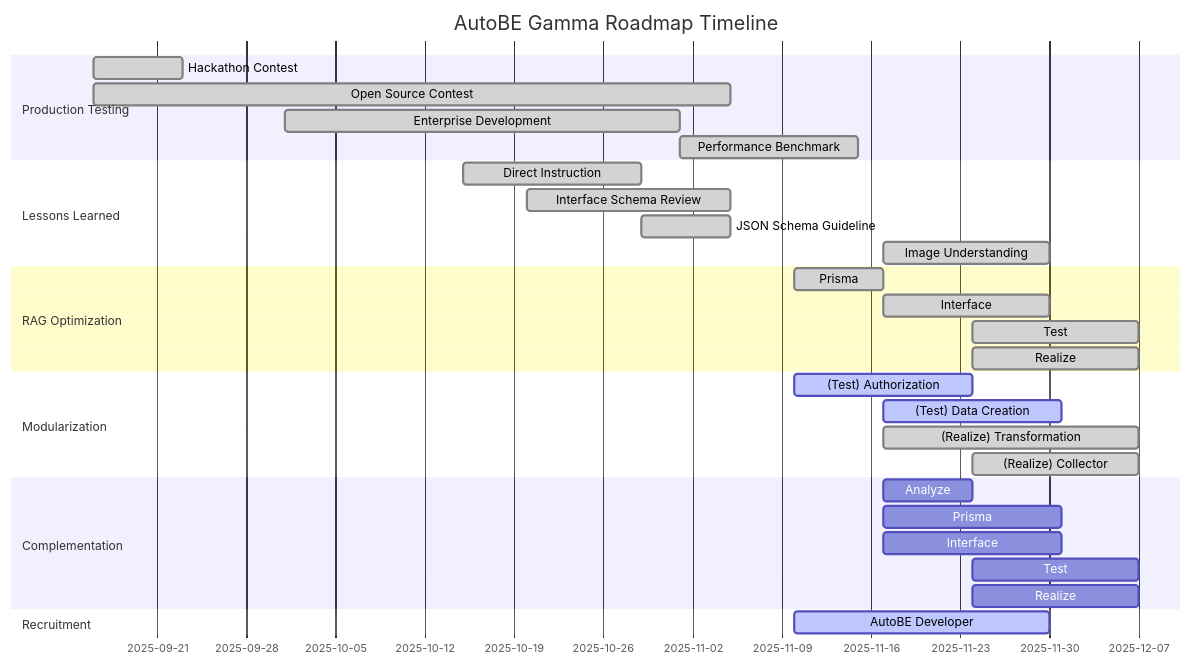
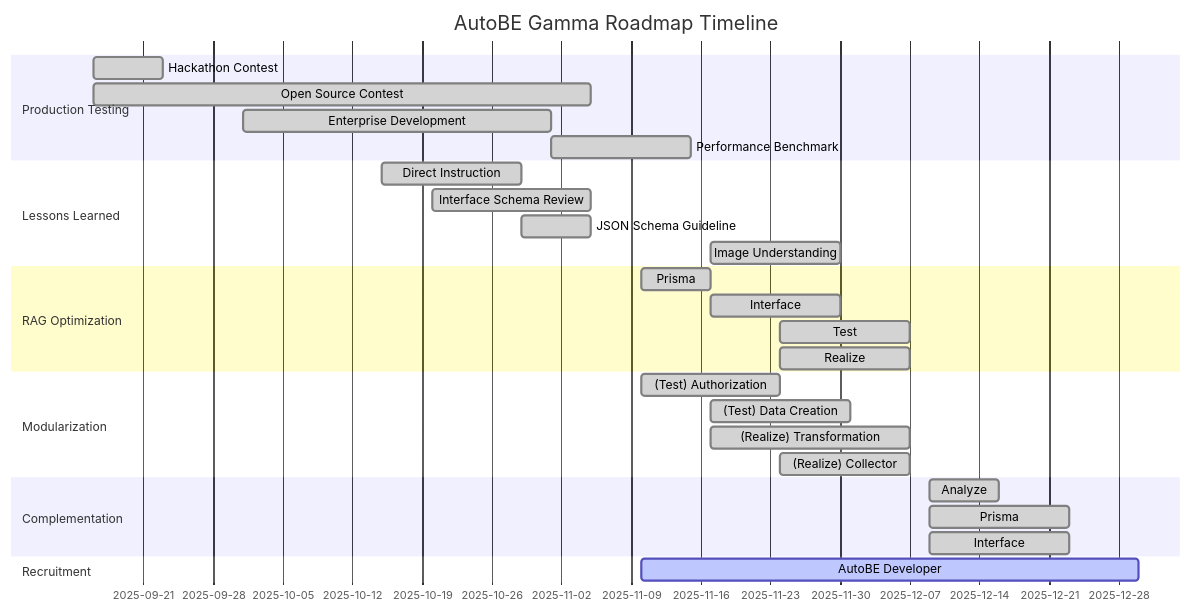
Before and after one commit to RavenView-ai/autobe: the second of 2 diagrams in README.md, drawn with Mermaid. The commit also changed 138 other files, not shown here.

````diff
--- a/README.md
+++ b/README.md
@@ -175,39 +175,37 @@
 ```mermaid
 gantt
   dateFormat YYYY-MM-DD
   title AutoBE Gamma Roadmap Timeline
 
   section Production Testing
   Hackathon Contest     : done, 2025-09-16,  7d
   Open Source Contest   : done, 2025-09-16, 50d
   Enterprise Development: done, 2025-10-01, 31d
   Performance Benchmark : done, 2025-11-01, 14d
   
   section Lessons Learned
   Direct Instruction     : done, 2025-10-15, 14d
   Interface Schema Review: done, 2025-10-20, 16d
   JSON Schema Guideline  : done, 2025-10-29,  7d
   Image Understanding    : done, 2025-11-17, 13d
 
   section RAG Optimization
   Prisma   : done, 2025-11-10,  7d
   Interface: done, 2025-11-17, 13d
   Test     : done, 2025-11-24, 13d
   Realize  : done, 2025-11-24, 13d
 
   section Modularization
-  (Test) Authorization    : active, 2025-11-10, 14d
-  (Test) Data Creation    : active, 2025-11-17, 14d
-  (Realize) Transformation: done,   2025-11-17, 20d
+  (Test) Authorization    : done, 2025-11-10, 14d
+  (Test) Data Creation    : done, 2025-11-17, 14d
+  (Realize) Transformation: done, 2025-11-17, 20d
   (Realize) Collector     : done, 2025-11-24, 13d
 
   section Complementation
-  Analyze  : planned, 2025-11-17,  7d
-  Prisma   : planned, 2025-11-17, 14d
-  Interface: planned, 2025-11-17, 14d
-  Test     : planned, 2025-11-24, 13d
-  Realize  : planned, 2025-11-24, 13d
+  Analyze  : done, 2025-12-09,  7d
+  Prisma   : done, 2025-12-09, 14d
+  Interface: done, 2025-12-09, 14d
 
   section Recruitment
-  AutoBE Developer: active, 2025-11-10, 20d
+  AutoBE Developer: active, 2025-11-10, 50d
 ```
````
